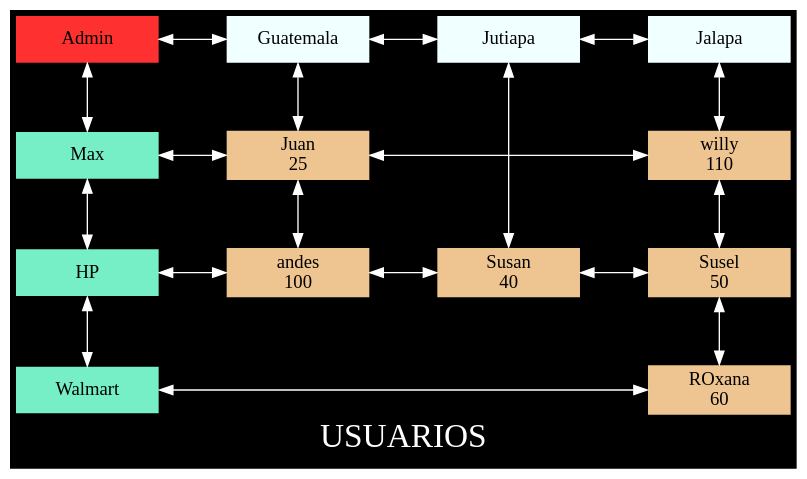
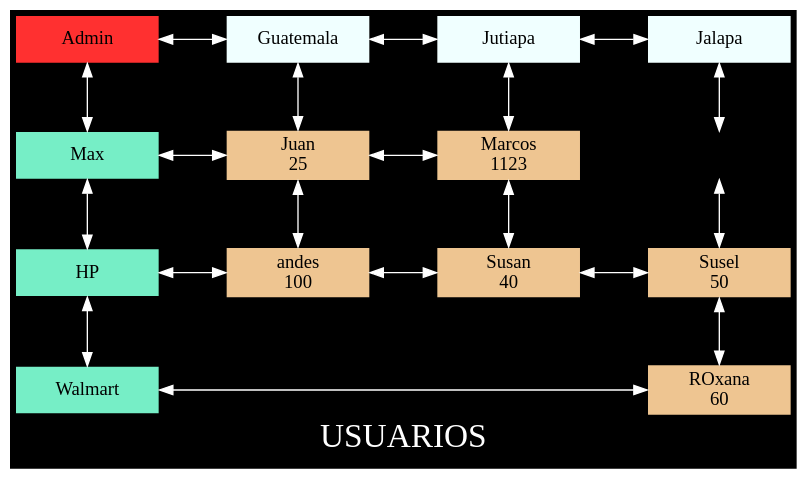
One commit to dani3l8200/Matriz_Dispersa changed the diagram in report2.dot. Above: the diagram before and after it, drawn with Graphviz. The commit also changed 9 other files, not shown here.

```diff
--- a/report2.dot
+++ b/report2.dot
@@ -1,73 +1,73 @@
 digraph Matrix{
 	graph[bgcolor=black, fontcolor =white,label="USUARIOS", fontsize = 25];
 	edge[color = white];
 	 nodesep = 0.7;
 	 ranksep = 0.7;
 	 node[shape= box];
 	 Mt[label="Admin", width = 1.5,style=filled, fillcolor = firebrick1, group = 1];
 	//filas
 	U0 [label = "Max",pos="5.3, 3.5!", width = 1.5, style = filled, fillcolor = aquamarine2, group=1];
 	U1[label = "HP", width = 1.5, style = filled, fillcolor = aquamarine2, group=1];
 	U2[label = "Walmart", width = 1.5, style = filled, fillcolor = aquamarine2, group=1];
 	
 	//Linkear filas
 	U0->U1->U2[dir=both];
 		// Columnas
 	A0[label = "Guatemala", width = 1.5, style = filled, fillcolor = azure1, group=1];
 	A1[label = "Jutiapa", width = 1.5, style = filled, fillcolor = azure1, group=1];
 	A2[label = "Jalapa", width = 1.5, style = filled, fillcolor = azure1, group=1];
 	// Linkear columnas
 	A0->A1->A2[dir=both];
 	// Nodo raiz con primera fila y columna
 	Mt -> U0 [dir = both];
 	Mt -> A0 [dir=both];
 
 		// Colocar columnas de manera alineada
 	 {rank = same; Mt; A0; A1; A2; } 
 		// Creation of nodes
 		// Fila 0
 	N25_LJuan [label="Juan
 25",  width=1.5, group =27, style = filled, fillcolor = burlywood2];
-	N110_Lwilly [label="willy
-110",  width=1.5, group =112, style = filled, fillcolor = burlywood2];
+	N1123_LMarcos [label="Marcos
+1123",  width=1.5, group =1125, style = filled, fillcolor = burlywood2];
 
 
 	// Fila 1
 	N100_Landes [label="andes
 100",  width=1.5, group =102, style = filled, fillcolor = burlywood2];
 	N40_LSusan [label="Susan
 40",  width=1.5, group =42, style = filled, fillcolor = burlywood2];
 	N50_LSusel [label="Susel
 50",  width=1.5, group =52, style = filled, fillcolor = burlywood2];
 
 
 	// Fila 2
 	N60_LROxana [label="ROxana
 60",  width=1.5, group =62, style = filled, fillcolor = burlywood2];
 
 
 	// Linkeando Fila 0
-	U0->N25_LJuan->N110_Lwilly [constraint=false,dir=both];
+	U0->N25_LJuan->N1123_LMarcos [constraint=false,dir=both];
 
-{rank = same; U0; N25_LJuan; N110_Lwilly}
+{rank = same; U0; N25_LJuan; N1123_LMarcos}
 
 	// Linkeando Fila 1
 	U1->N100_Landes->N40_LSusan->N50_LSusel [constraint=false,dir=both];
 
 {rank = same; U1; N100_Landes; N40_LSusan; N50_LSusel}
 
 	// Linkeando Fila 2
 	U2->N60_LROxana [constraint=false,dir=both];
 
 {rank = same; U2; N60_LROxana}
 
 	// Linkeando Columna 0
 	A0->N25_LJuan->N100_Landes[dir=both];
 
 	// Linkeando Columna 1
-	A1->N40_LSusan[dir=both];
+	A1->N1123_LMarcos->N40_LSusan[dir=both];
 
 	// Linkeando Columna 2
 	A2->N110_Lwilly->N50_LSusel->N60_LROxana[dir=both];
 
 }
```
